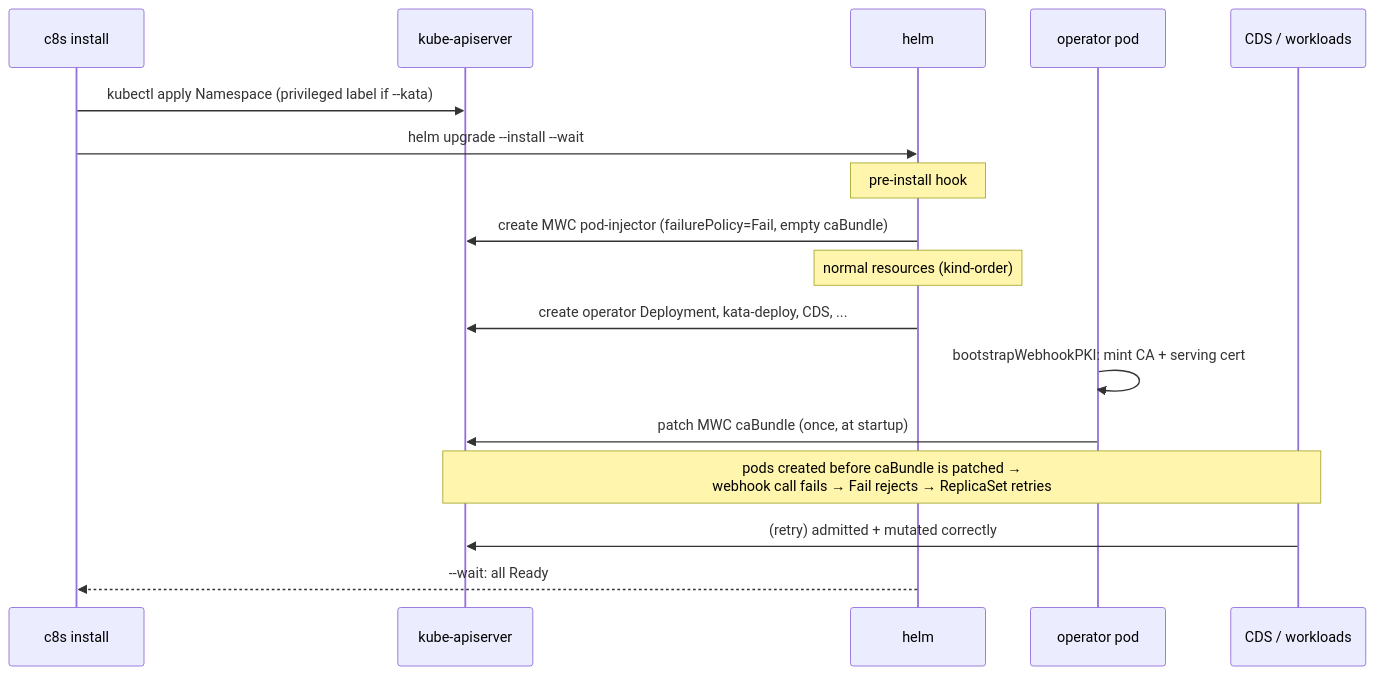
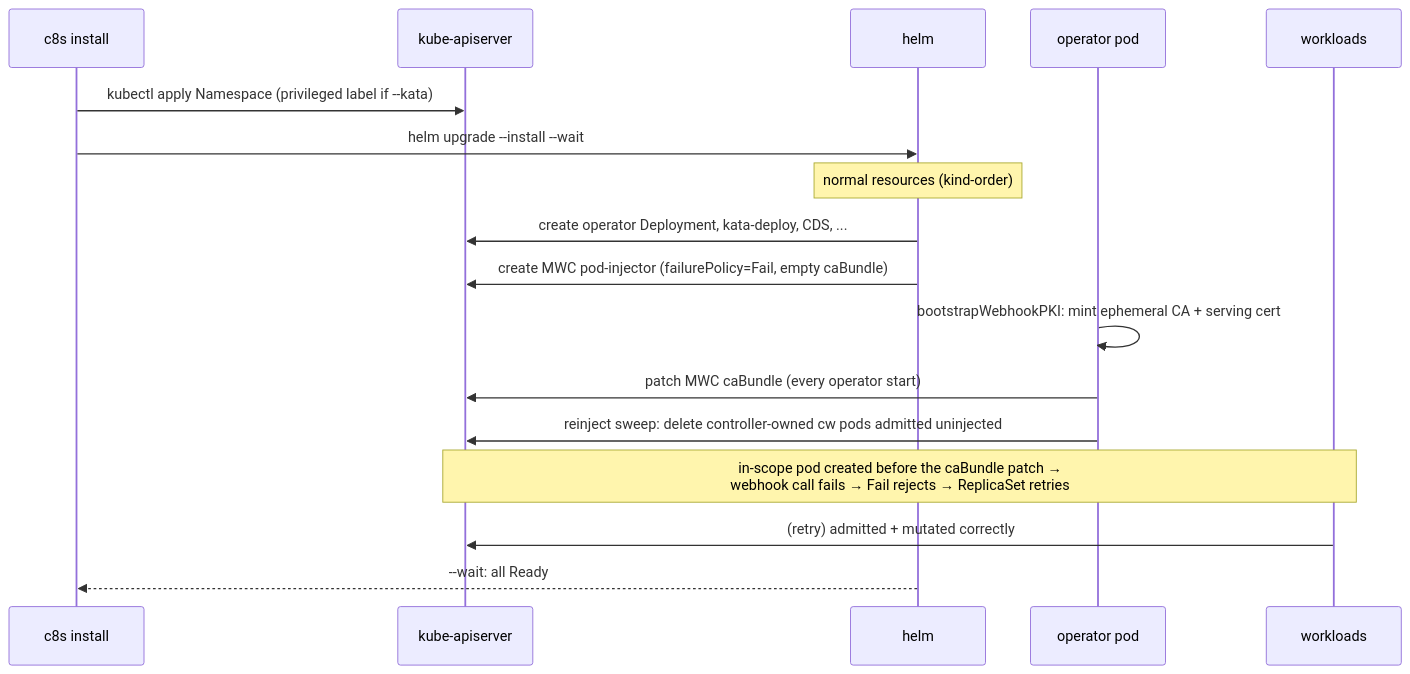
Before and after one commit to confidential-dot-ai/c8s: the second of 6 diagrams in docs/install-flows.md, drawn with Mermaid. The commit also changed other lines of this file and 23 other files, not shown here.

First line of the commit message:
fix(docs): correct doc/code drift — webhook lifecycle, TDX policy path, guest-base facts

````diff
--- a/docs/install-flows.md
+++ b/docs/install-flows.md
@@ -154,20 +154,20 @@
 ```mermaid
 sequenceDiagram
     participant CLI as c8s install
     participant K as kube-apiserver
     participant Helm as helm
     participant Op as operator pod
-    participant Pods as CDS / workloads
+    participant Pods as workloads
 
     CLI->>K: kubectl apply Namespace (privileged label if --kata)
     CLI->>Helm: helm upgrade --install --wait
-    Note over Helm: pre-install hook
-    Helm->>K: create MWC pod-injector (failurePolicy=Fail, empty caBundle)
     Note over Helm: normal resources (kind-order)
     Helm->>K: create operator Deployment, kata-deploy, CDS, ...
-    Op->>Op: bootstrapWebhookPKI: mint CA + serving cert
-    Op->>K: patch MWC caBundle (once, at startup)
-    Note over Pods,K: pods created before caBundle is patched →<br/>webhook call fails → Fail rejects → ReplicaSet retries
+    Helm->>K: create MWC pod-injector (failurePolicy=Fail, empty caBundle)
+    Op->>Op: bootstrapWebhookPKI: mint ephemeral CA + serving cert
+    Op->>K: patch MWC caBundle (every operator start)
+    Op->>K: reinject sweep: delete controller-owned cw pods admitted uninjected
+    Note over Pods,K: in-scope pod created before the caBundle patch →<br/>webhook call fails → Fail rejects → ReplicaSet retries
     Pods->>K: (retry) admitted + mutated correctly
     Helm-->>CLI: --wait: all Ready
 ```
````
